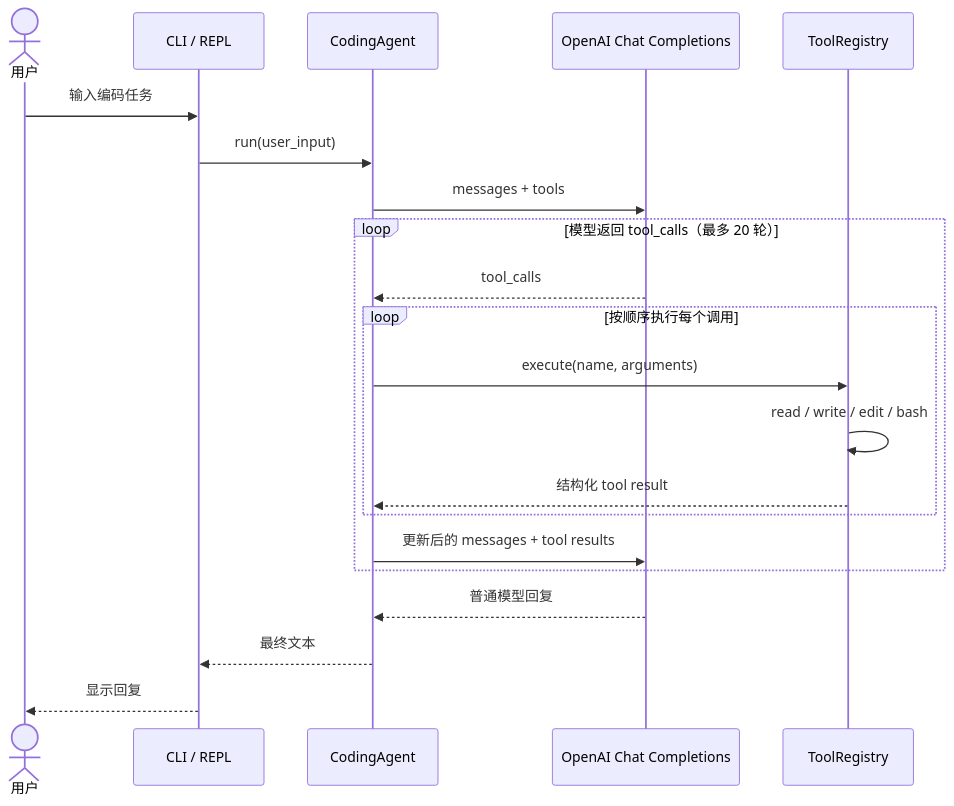
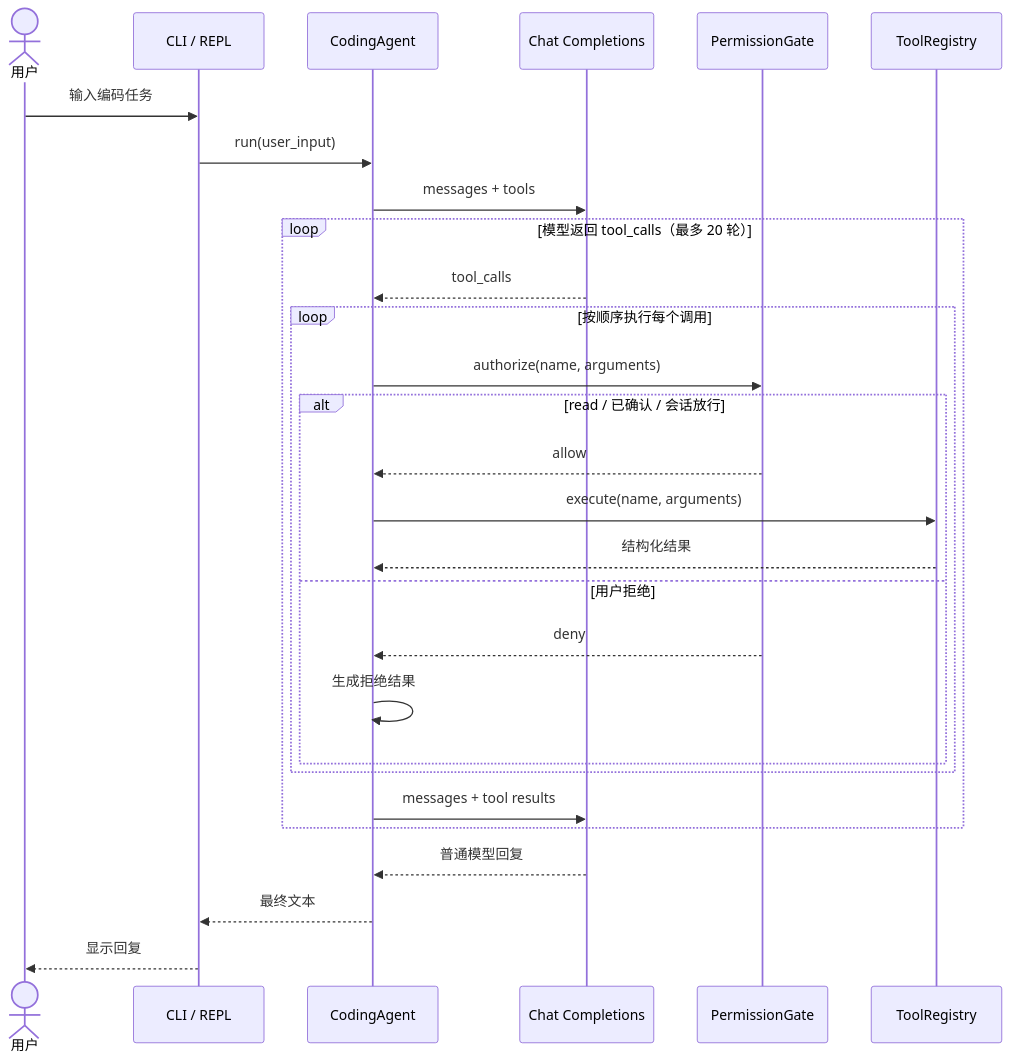
The second of 2 diagrams in docs/architecture.md (hxr223/laoHuangCode), drawn with Mermaid before and after one commit. The commit also changed other lines of this file and 41 other files, not shown here.

````diff
--- a/docs/architecture.md
+++ b/docs/architecture.md
@@ -43,26 +74,33 @@
 ```mermaid
 sequenceDiagram
     actor User as 用户
     participant CLI as CLI / REPL
     participant Agent as CodingAgent
-    participant API as OpenAI Chat Completions
+    participant API as Chat Completions
+    participant Gate as PermissionGate
     participant Tools as ToolRegistry
 
     User->>CLI: 输入编码任务
     CLI->>Agent: run(user_input)
     Agent->>API: messages + tools
 
     loop 模型返回 tool_calls（最多 20 轮）
         API-->>Agent: tool_calls
         loop 按顺序执行每个调用
-            Agent->>Tools: execute(name, arguments)
-            Tools->>Tools: read / write / edit / bash
-            Tools-->>Agent: 结构化 tool result
+            Agent->>Gate: authorize(name, arguments)
+            alt read / 已确认 / 会话放行
+                Gate-->>Agent: allow
+                Agent->>Tools: execute(name, arguments)
+                Tools-->>Agent: 结构化结果
+            else 用户拒绝
+                Gate-->>Agent: deny
+                Agent->>Agent: 生成拒绝结果
+            end
         end
-        Agent->>API: 更新后的 messages + tool results
+        Agent->>API: messages + tool results
     end
 
     API-->>Agent: 普通模型回复
     Agent-->>CLI: 最终文本
     CLI-->>User: 显示回复
 ```
````
